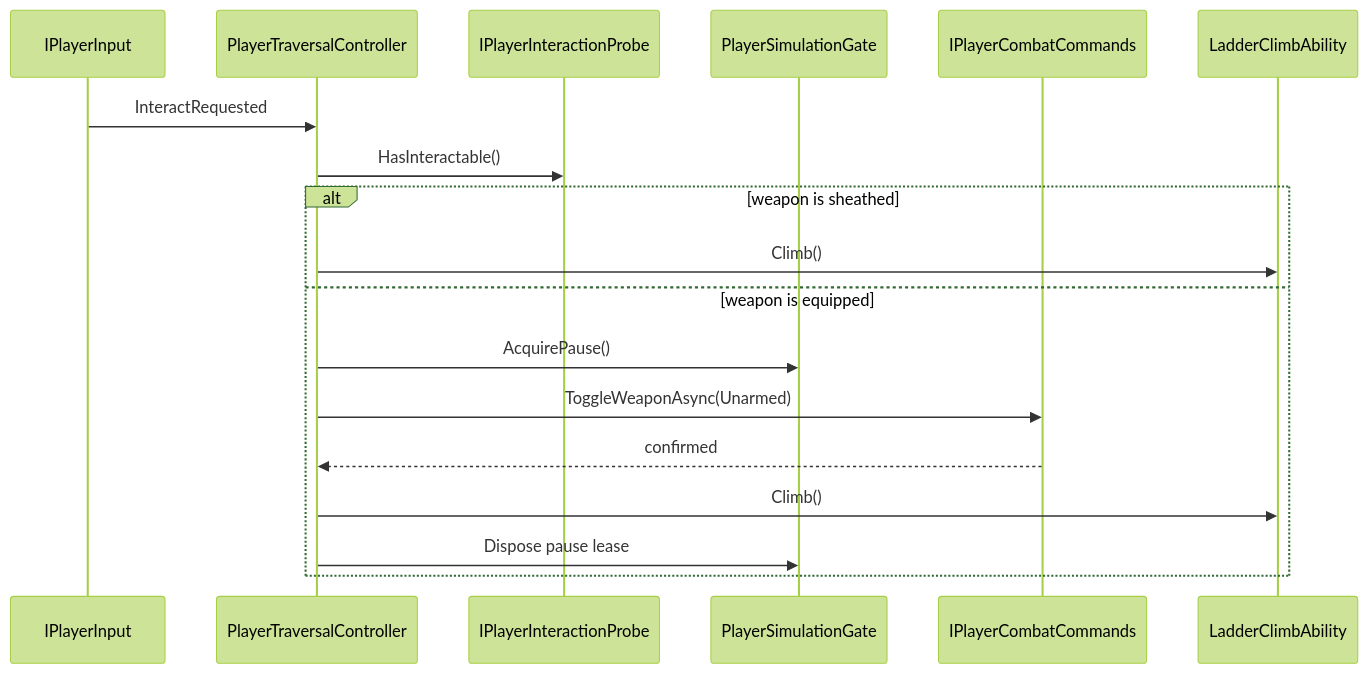
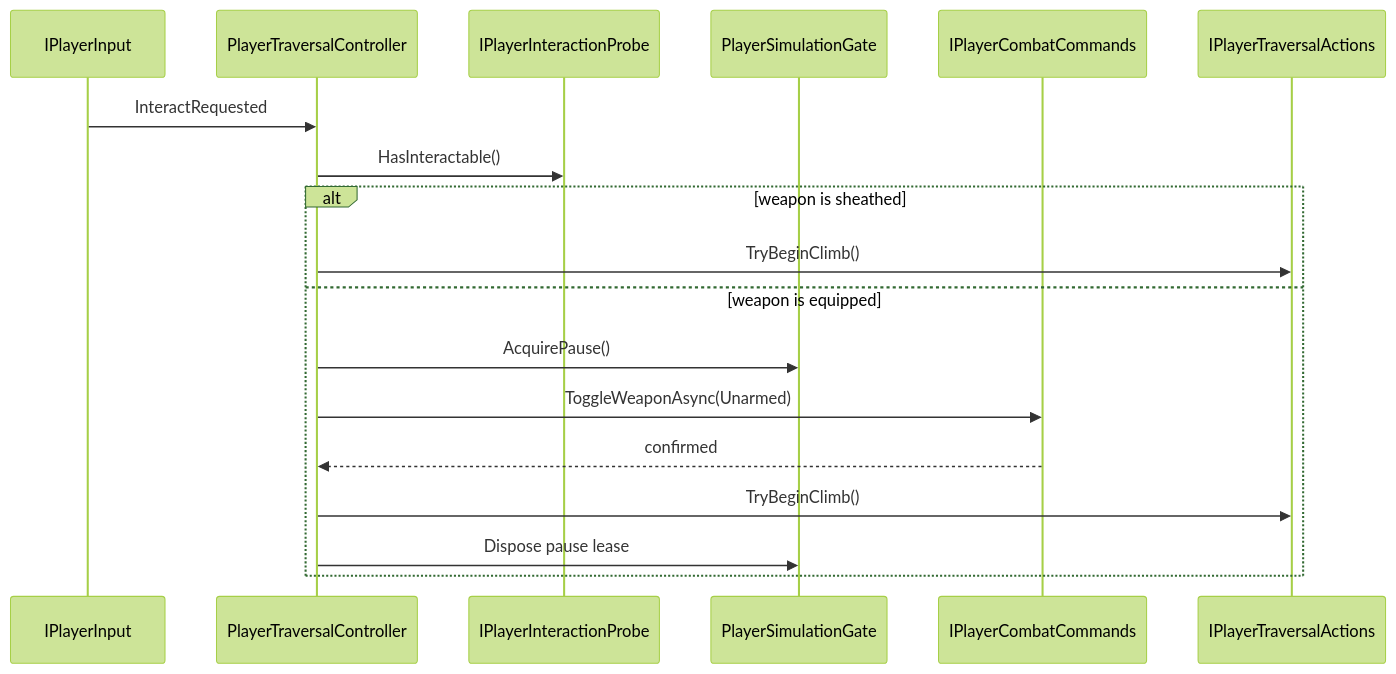
The second of 2 diagrams in Docs/Architecture/Player.Traversal.md (MaximFonariuc/project-s), drawn with Mermaid (forest theme) before and after one commit. The commit also changed other lines of this file and 21 other files, not shown here.

````diff
--- a/Docs/Architecture/Player.Traversal.md
+++ b/Docs/Architecture/Player.Traversal.md
@@ -93,21 +106,21 @@
 ```mermaid
 sequenceDiagram
     participant Input as IPlayerInput
     participant Traversal as PlayerTraversalController
     participant Probe as IPlayerInteractionProbe
     participant Gate as PlayerSimulationGate
     participant Combat as IPlayerCombatCommands
-    participant Ladder as LadderClimbAbility
+    participant Actions as IPlayerTraversalActions
 
     Input->>Traversal: InteractRequested
     Traversal->>Probe: HasInteractable()
     alt weapon is sheathed
-        Traversal->>Ladder: Climb()
+        Traversal->>Actions: TryBeginClimb()
     else weapon is equipped
         Traversal->>Gate: AcquirePause()
         Traversal->>Combat: ToggleWeaponAsync(Unarmed)
         Combat-->>Traversal: confirmed
-        Traversal->>Ladder: Climb()
+        Traversal->>Actions: TryBeginClimb()
         Traversal->>Gate: Dispose pause lease
     end
 ```
````
